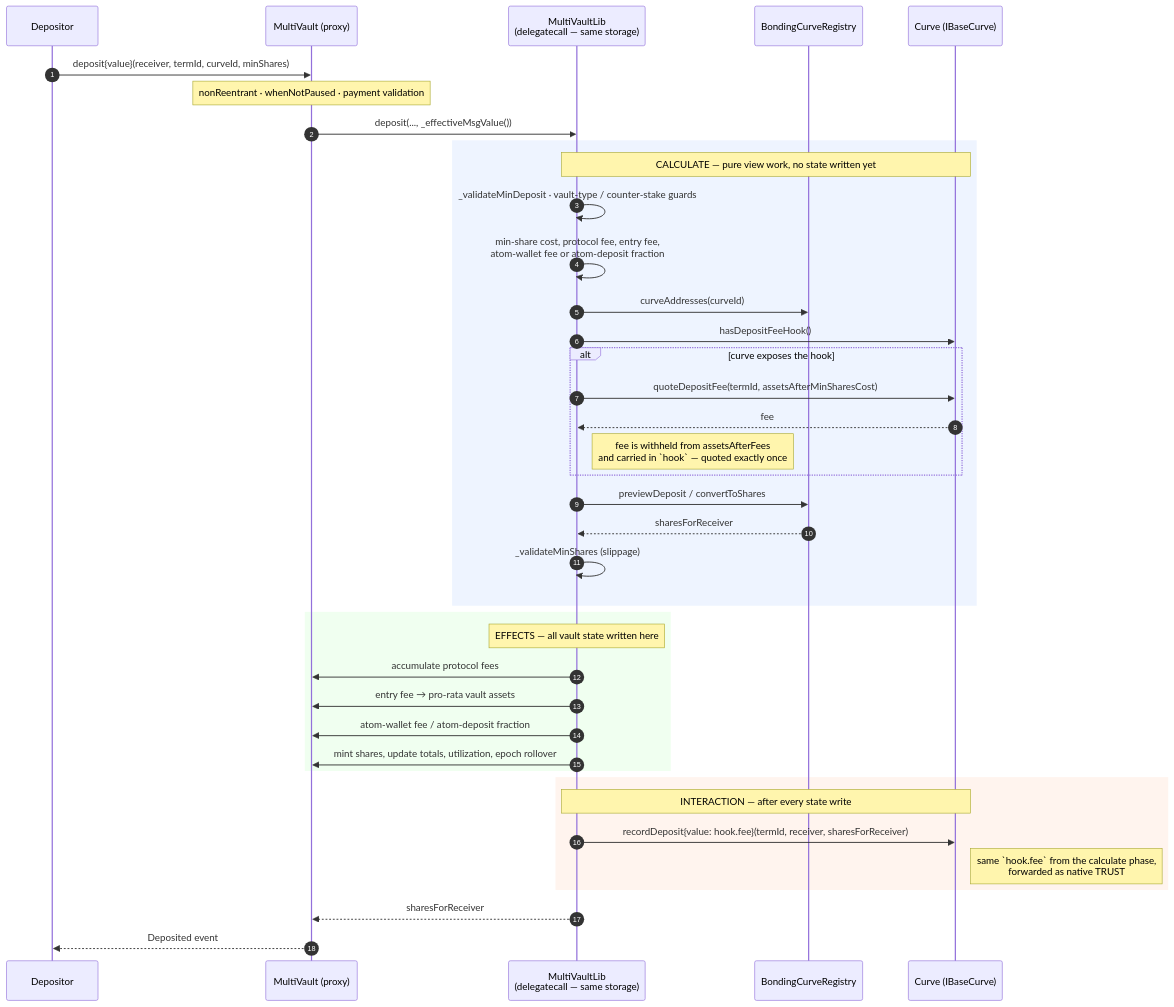
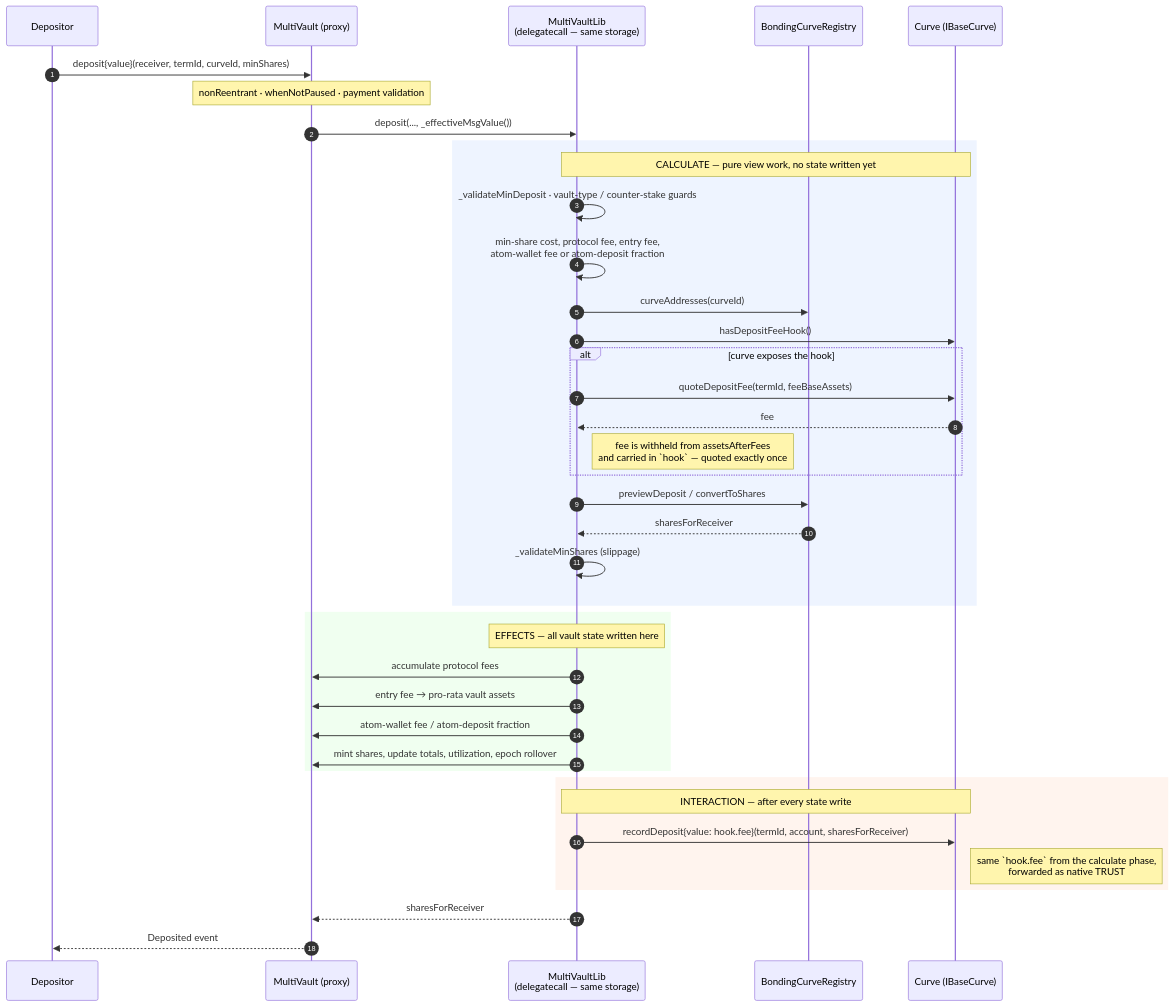
One commit to 0xIntuition/intuition-contracts-v2 changed the second of 4 diagrams in docs/call-flows/multivault-value-paths.md. Above: the diagram before and after it, drawn with Mermaid. The commit also changed other lines of this file and 11 other files, not shown here.

````diff
--- a/docs/call-flows/multivault-value-paths.md
+++ b/docs/call-flows/multivault-value-paths.md
@@ -60,45 +60,45 @@
 ```mermaid
 sequenceDiagram
   autonumber
   participant U as Depositor
   participant MV as MultiVault (proxy)
   participant LIB as MultiVaultLib<br/>(delegatecall — same storage)
   participant REG as BondingCurveRegistry
   participant C as Curve (IBaseCurve)
 
   U->>MV: deposit{value}(receiver, termId, curveId, minShares)
   Note over MV: nonReentrant · whenNotPaused · payment validation
   MV->>LIB: deposit(..., _effectiveMsgValue())
 
   rect rgb(238,244,255)
     Note over LIB,C: CALCULATE — pure view work, no state written yet
     LIB->>LIB: _validateMinDeposit · vault-type / counter-stake guards
     LIB->>LIB: min-share cost, protocol fee, entry fee,<br/>atom-wallet fee or atom-deposit fraction
     LIB->>REG: curveAddresses(curveId)
     LIB->>C: hasDepositFeeHook()
     alt curve exposes the hook
-      LIB->>C: quoteDepositFee(termId, assetsAfterMinSharesCost)
+      LIB->>C: quoteDepositFee(termId, feeBaseAssets)
       C-->>LIB: fee
       Note right of LIB: fee is withheld from assetsAfterFees<br/>and carried in `hook` — quoted exactly once
     end
     LIB->>REG: previewDeposit / convertToShares
     REG-->>LIB: sharesForReceiver
     LIB->>LIB: _validateMinShares (slippage)
   end
 
   rect rgb(240,255,240)
     Note over LIB: EFFECTS — all vault state written here
     LIB->>MV: accumulate protocol fees
     LIB->>MV: entry fee → pro-rata vault assets
     LIB->>MV: atom-wallet fee / atom-deposit fraction
     LIB->>MV: mint shares, update totals, utilization, epoch rollover
   end
 
   rect rgb(255,244,238)
     Note over LIB,C: INTERACTION — after every state write
-    LIB->>C: recordDeposit{value: hook.fee}(termId, receiver, sharesForReceiver)
+    LIB->>C: recordDeposit{value: hook.fee}(termId, account, sharesForReceiver)
     Note right of C: same `hook.fee` from the calculate phase,<br/>forwarded as native TRUST
   end
   LIB-->>MV: sharesForReceiver
   MV-->>U: Deposited event
 ```
````
